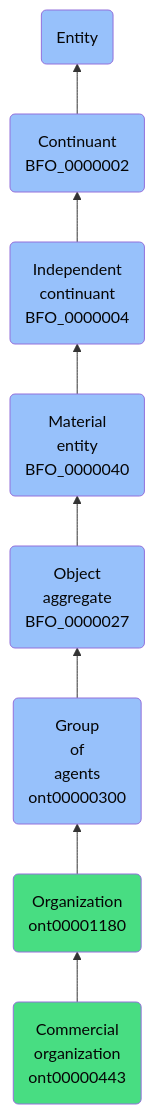
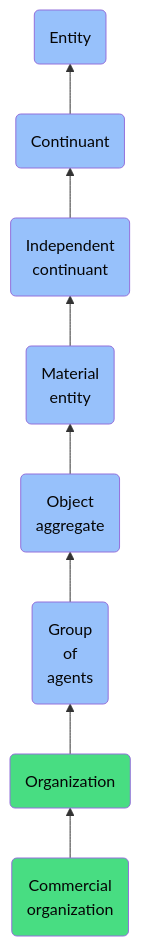
One commit to jupyter-naas/abi changed the diagram in docs/ontology/reference/model/Entity/Continuant/Independent continuant/Material entity/Object aggregate/Group of agents/Organization/Commercial organization/Commercial organization.md. Above: the diagram before and after it, drawn with Mermaid. The commit also changed other lines of this file and 1430 other files, not shown here.

````diff
--- a/docs/ontology/reference/model/Entity/Continuant/Independent continuant/Material entity/Object aggregate/Group of agents/Organization/Commercial organization/Commercial organization.md
+++ b/docs/ontology/reference/model/Entity/Continuant/Independent continuant/Material entity/Object aggregate/Group of agents/Organization/Commercial organization/Commercial organization.md
@@ -24,15 +24,15 @@
 ```mermaid
 graph BT
-    ont00000443(Commercial<br>organization<br>ont00000443):::ABI-->ont00001180
-    ont00001180(Organization<br>ont00001180):::ABI-->ont00000300
-    ont00000300(Group<br>of<br>agents<br>ont00000300):::BFO-->BFO_0000027
-    BFO_0000027(Object<br>aggregate<br>BFO_0000027):::BFO-->BFO_0000040
-    BFO_0000040(Material<br>entity<br>BFO_0000040):::BFO-->BFO_0000004
-    BFO_0000004(Independent<br>continuant<br>BFO_0000004):::BFO-->BFO_0000002
-    BFO_0000002(Continuant<br>BFO_0000002):::BFO-->BFO_0000001
+    ont00000443(Commercial<br>organization):::ABI-->ont00001180
+    ont00001180(Organization):::ABI-->ont00000300
+    ont00000300(Group<br>of<br>agents):::BFO-->BFO_0000027
+    BFO_0000027(Object<br>aggregate):::BFO-->BFO_0000040
+    BFO_0000040(Material<br>entity):::BFO-->BFO_0000004
+    BFO_0000004(Independent<br>continuant):::BFO-->BFO_0000002
+    BFO_0000002(Continuant):::BFO-->BFO_0000001
     BFO_0000001(Entity):::BFO
     
     classDef BFO fill:#97c1fb,color:#060606
     classDef CCO fill:#e4c51e,color:#060606
     classDef ABI fill:#48DD82,color:#060606
 ```
````
